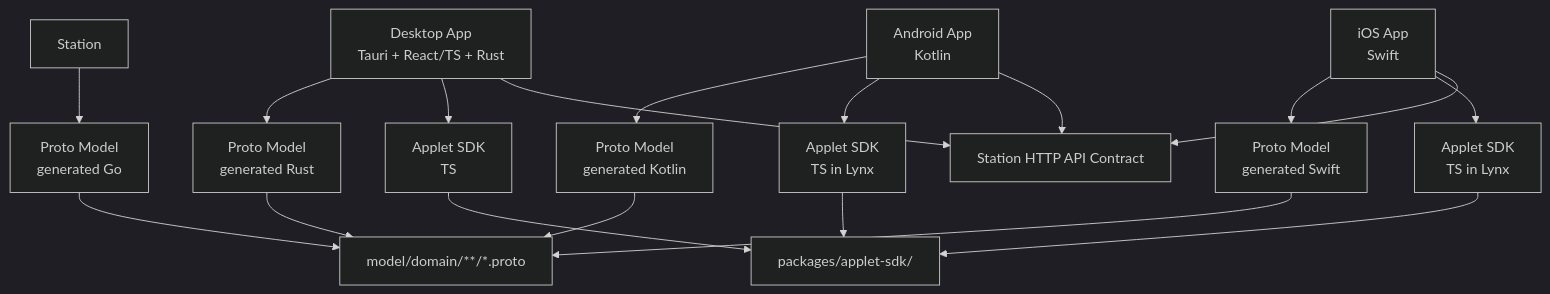
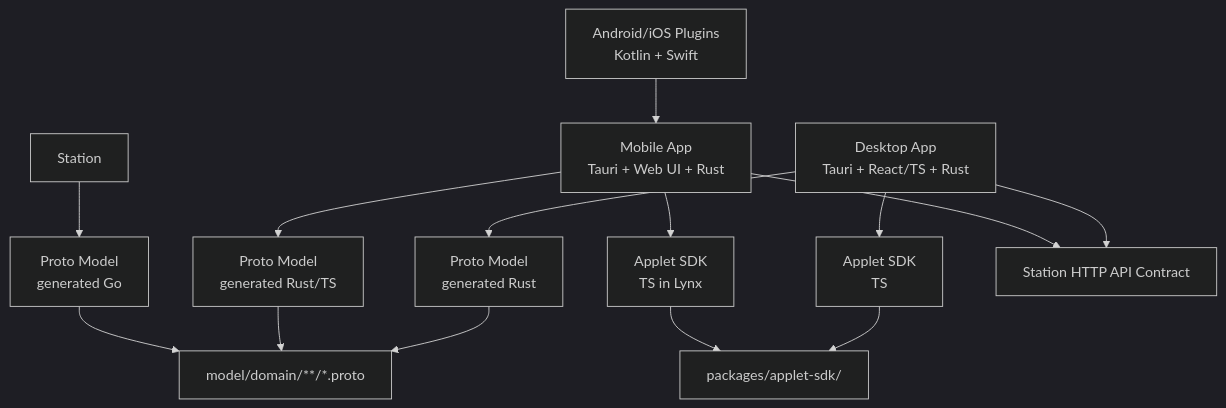
Before and after one commit to peers-labs/peers-touch: the diagram in docs/client/common/base.md, drawn with Mermaid (dark theme). The commit also changed other lines of this file and 240 other files, not shown here.

````diff
--- a/docs/client/common/base.md
+++ b/docs/client/common/base.md
@@ -46,26 +47,22 @@
 ```mermaid
 graph TD
     DesktopApp[Desktop App<br/>Tauri + React/TS + Rust] --> ProtoRust[Proto Model<br/>generated Rust]
     DesktopApp --> AppletSDK[Applet SDK<br/>TS]
 
-    AndroidApp[Android App<br/>Kotlin] --> ProtoKotlin[Proto Model<br/>generated Kotlin]
-    AndroidApp --> AppletSDKLynxA[Applet SDK<br/>TS in Lynx]
+    MobileApp[Mobile App<br/>Tauri + Web UI + Rust] --> ProtoMobile[Proto Model<br/>generated Rust/TS]
+    MobileApp --> AppletSDKLynxM[Applet SDK<br/>TS in Lynx]
 
-    iOSApp[iOS App<br/>Swift] --> ProtoSwift[Proto Model<br/>generated Swift]
-    iOSApp --> AppletSDKLynxI[Applet SDK<br/>TS in Lynx]
+    NativePlugins[Android/iOS Plugins<br/>Kotlin + Swift] --> MobileApp
 
     Station[Station] --> ProtoGo[Proto Model<br/>generated Go]
 
     ProtoRust --> ProtoDef[model/domain/**/*.proto]
-    ProtoKotlin --> ProtoDef
-    ProtoSwift --> ProtoDef
+    ProtoMobile --> ProtoDef
     ProtoGo --> ProtoDef
 
     AppletSDK --> AppletPkg[packages/applet-sdk/]
-    AppletSDKLynxA --> AppletPkg
-    AppletSDKLynxI --> AppletPkg
+    AppletSDKLynxM --> AppletPkg
 
     DesktopApp --> APIContract[Station HTTP API Contract]
-    AndroidApp --> APIContract
-    iOSApp --> APIContract
+    MobileApp --> APIContract
 ```
````
